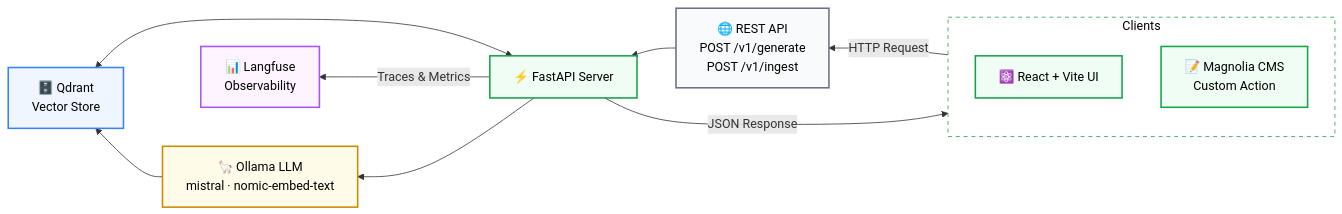
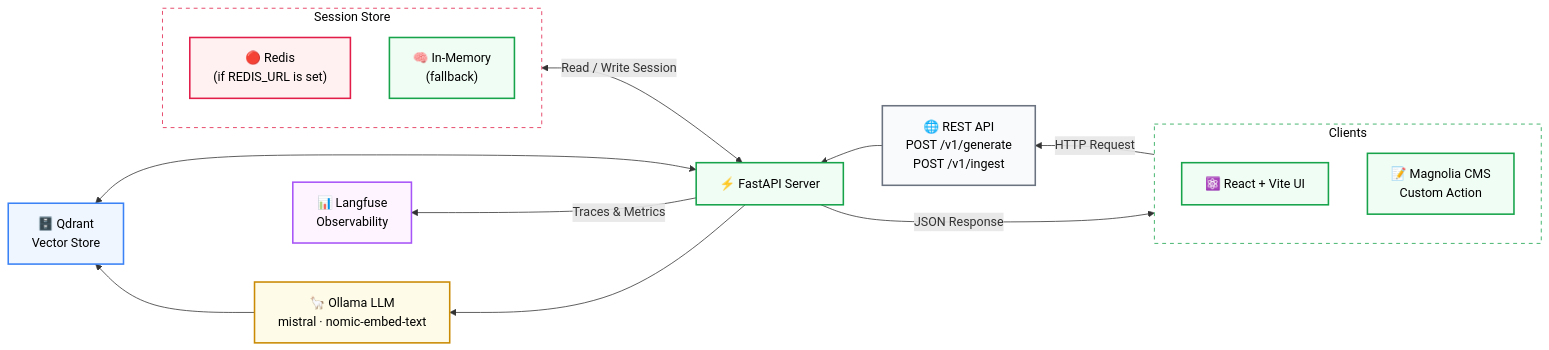
Before and after one commit to kirkalyn13/mgnl-groovy-generator: the diagram in README.md, drawn with Mermaid. The commit also changed other lines of this file, not shown here.

Commit message:
docs: session memory

````diff
--- a/README.md
+++ b/README.md
@@ -48,32 +49,44 @@
 ```mermaid
 flowchart RL
 
     subgraph CLIENTS["Clients"]
         direction TB
         REACT["⚛️   React + Vite UI"]
         MAGNOLIA["📝 Magnolia CMS
         Custom Action"]
+    end
+
+    subgraph SESSION["Session Store"]
+        direction TB
+        REDIS["🔴 Redis
+        (if REDIS_URL is set)"]
+        MEMORY["🧠 In-Memory
+        (fallback)"]
     end
 
     CLIENTS -->|"HTTP Request"| REST["🌐 REST API
     POST /v1/generate
     POST /v1/ingest"]
     REST --> FASTAPI["⚡ FastAPI Server"]
     FASTAPI --> OLLAMA["🦙 Ollama LLM
     mistral · nomic-embed-text"]
     FASTAPI <--> QDRANT["🗄️ Qdrant
     Vector Store"]
     OLLAMA --> QDRANT
     FASTAPI -->|"JSON Response"| CLIENTS
     FASTAPI -->|"Traces & Metrics"| LANGFUSE["📊 Langfuse
     Observability"]
+    FASTAPI <-->|"Read / Write Session"| SESSION
 
     style REACT fill:#f0fdf4,stroke:#16a34a,stroke-width:2px,color:#000000
     style MAGNOLIA fill:#f0fdf4,stroke:#16a34a,stroke-width:2px,color:#000000
     style CLIENTS fill:#ffffff,stroke:#16a34a,stroke-width:1px,stroke-dasharray:5,color:#000000
     style REST fill:#f9fafb,stroke:#6b7280,stroke-width:2px,color:#000000
     style FASTAPI fill:#f0fdf4,stroke:#16a34a,stroke-width:2px,color:#000000
     style OLLAMA fill:#fefce8,stroke:#ca8a04,stroke-width:2px,color:#000000
     style QDRANT fill:#eff6ff,stroke:#3b82f6,stroke-width:2px,color:#000000
     style LANGFUSE fill:#fdf4ff,stroke:#a855f7,stroke-width:2px,color:#000000
+    style REDIS fill:#fff1f2,stroke:#e11d48,stroke-width:2px,color:#000000
+    style MEMORY fill:#f0fdf4,stroke:#16a34a,stroke-width:2px,color:#000000
+    style SESSION fill:#ffffff,stroke:#e11d48,stroke-width:1px,stroke-dasharray:5,color:#000000
 ```
````
